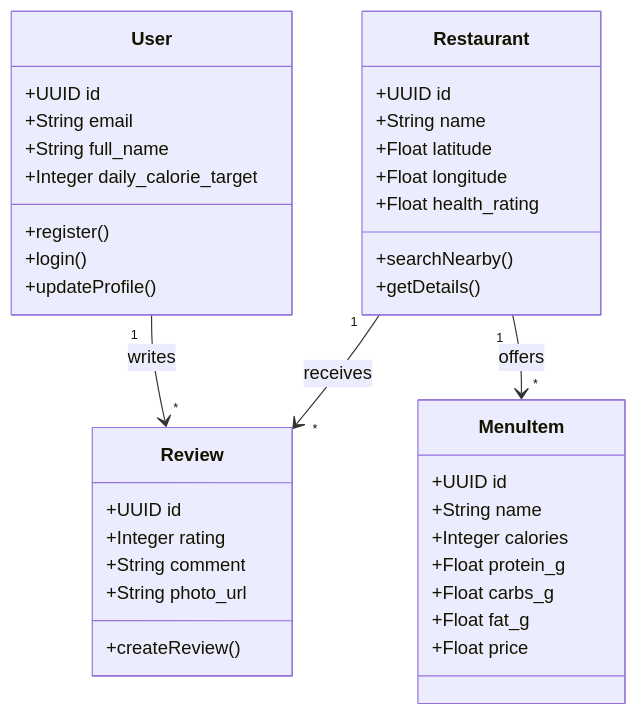
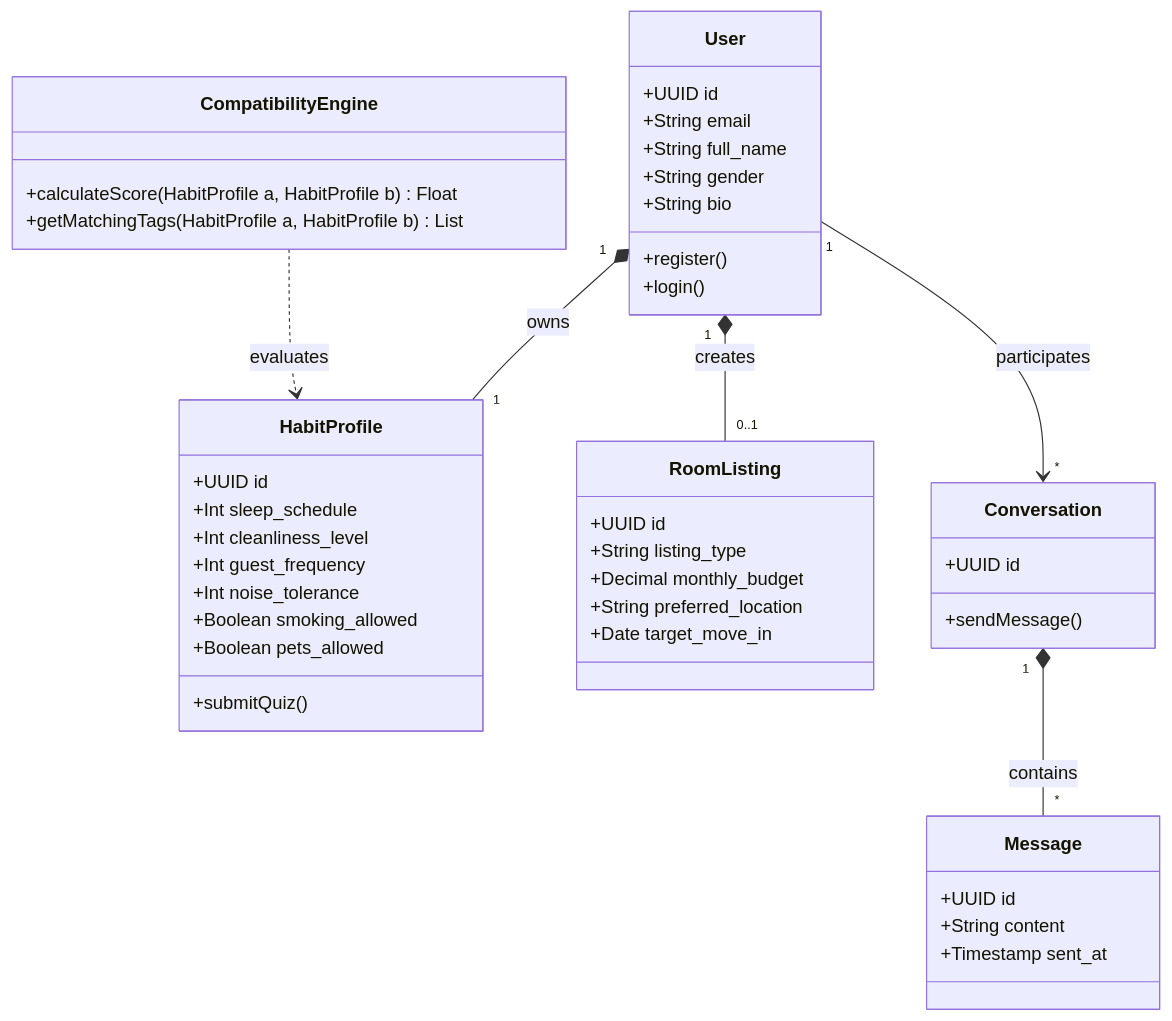
The second of 2 diagrams in docs/requirements-specification.md (Tyzon22/agile-software-development), drawn with Mermaid before and after one commit. The commit also changed other lines of this file and 5 other files, not shown here.

Commit message:
docs: add Project Charter, SRS, Acceptance Criteria, and Database Design for Behavior-Based Roommate Matching Web App

````diff
--- a/docs/requirements-specification.md
+++ b/docs/requirements-specification.md
@@ -65,40 +62,48 @@
 ```mermaid
 classDiagram
     class User {
         +UUID id
         +String email
         +String full_name
-        +Integer daily_calorie_target
+        +String gender
+        +String bio
         +register()
         +login()
-        +updateProfile()
     }
-    class Restaurant {
+    class HabitProfile {
         +UUID id
-        +String name
-        +Float latitude
-        +Float longitude
-        +Float health_rating
-        +searchNearby()
-        +getDetails()
+        +Int sleep_schedule
+        +Int cleanliness_level
+        +Int guest_frequency
+        +Int noise_tolerance
+        +Boolean smoking_allowed
+        +Boolean pets_allowed
+        +submitQuiz()
     }
-    class MenuItem {
+    class CompatibilityEngine {
+        +calculateScore(HabitProfile a, HabitProfile b) Float
+        +getMatchingTags(HabitProfile a, HabitProfile b) List
+    }
+    class RoomListing {
         +UUID id
-        +String name
-        +Integer calories
-        +Float protein_g
-        +Float carbs_g
-        +Float fat_g
-        +Float price
+        +String listing_type
+        +Decimal monthly_budget
+        +String preferred_location
+        +Date target_move_in
     }
-    class Review {
+    class Conversation {
         +UUID id
-        +Integer rating
-        +String comment
-        +String photo_url
-        +createReview()
+        +sendMessage()
     }
-    User "1" --> "*" Review : writes
-    Restaurant "1" --> "*" MenuItem : offers
-    Restaurant "1" --> "*" Review : receives
+    class Message {
+        +UUID id
+        +String content
+        +Timestamp sent_at
+    }
+
+    User "1" *-- "1" HabitProfile : owns
+    User "1" *-- "0..1" RoomListing : creates
+    User "1" --> "*" Conversation : participates
+    Conversation "1" *-- "*" Message : contains
+    CompatibilityEngine ..> HabitProfile : evaluates
 ```
````
